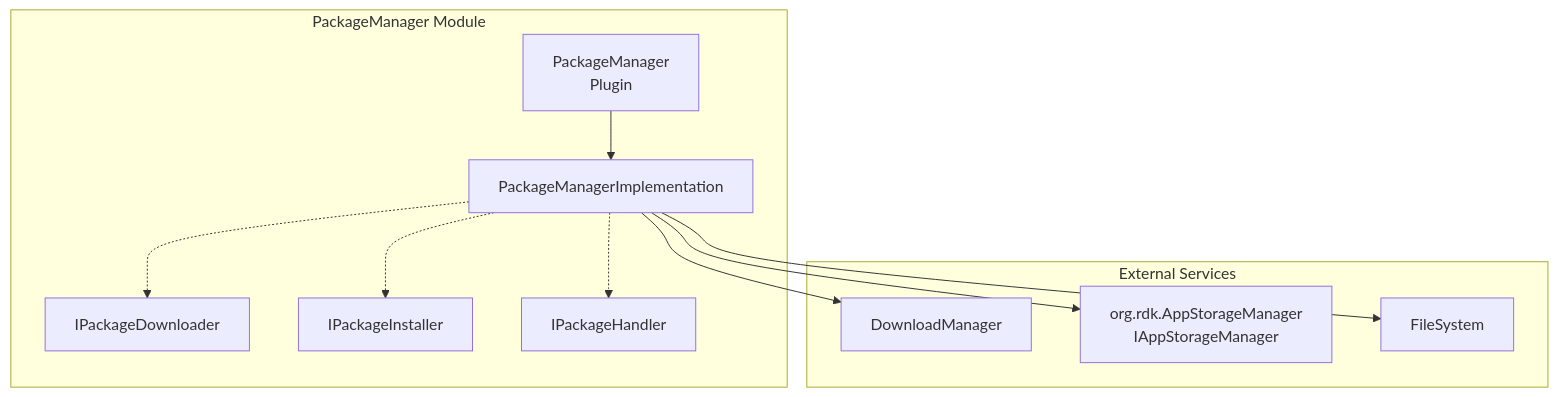
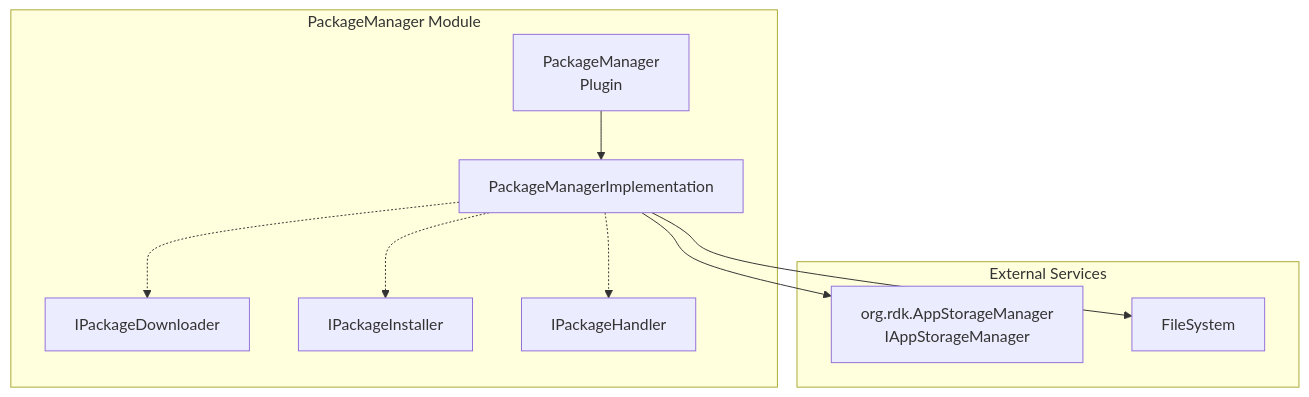
One commit to rdkcentral/entservices-appmanagers changed the first of 5 diagrams in PackageManager/PackageManager.md. Above: the diagram before and after it, drawn with Mermaid. The commit also changed other lines of this file and 7 other files, not shown here.

````diff
--- a/PackageManager/PackageManager.md
+++ b/PackageManager/PackageManager.md
@@ -33,24 +32,22 @@
 ```mermaid
 graph TB
     subgraph "PackageManager Module"
         PM[PackageManager<br/>Plugin]
         PMI[PackageManagerImplementation]
         DL[IPackageDownloader]
         INS[IPackageInstaller]
         HDL[IPackageHandler]
     end
 
     subgraph "External Services"
-        DLMgr[DownloadManager]
         StorMgr[org.rdk.AppStorageManager<br/>IAppStorageManager]
         FS[FileSystem]
     end
 
     PM --> PMI
     PMI -.-> DL
     PMI -.-> INS
     PMI -.-> HDL
-    PMI --> DLMgr
     PMI --> StorMgr
     PMI --> FS
 ```
````
